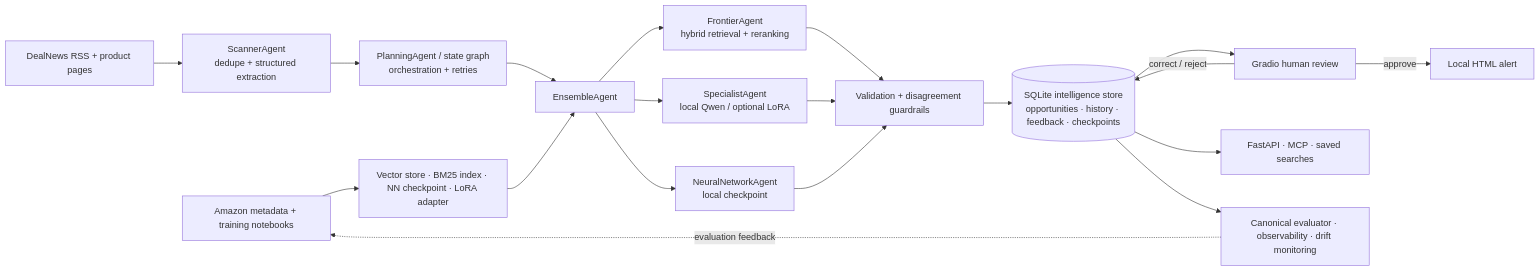
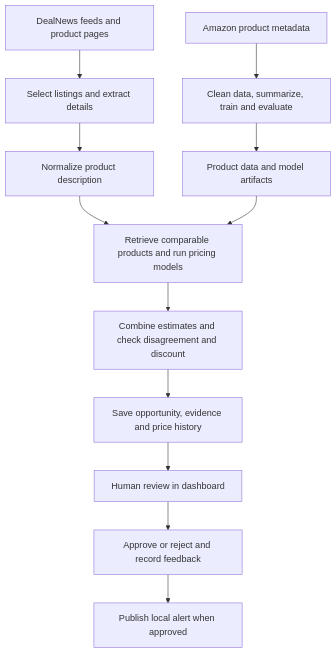
The diagram in README.md (akshaymgupte87/PricerProject), drawn with Mermaid before and after one commit. The commit also changed other lines of this file and 15 other files, not shown here.

Commit message:
refactor: modularize pricing experiments and document architecture, AI capabilities, and setup

````diff
--- a/README.md
+++ b/README.md
@@ -10,21 +144,14 @@
 ```mermaid
-flowchart LR
-    Training[Amazon metadata + training notebooks] --> Assets[Vector store · BM25 index · NN checkpoint · LoRA adapter]
-    RSS[DealNews RSS + product pages] --> Scan[ScannerAgent<br/>dedupe + structured extraction]
-    Scan --> Plan[PlanningAgent / state graph<br/>orchestration + retries]
-    Plan --> Ensemble[EnsembleAgent]
-    Assets --> Ensemble
-    Ensemble --> RAG[FrontierAgent<br/>hybrid retrieval + reranking]
-    Ensemble --> Specialist[SpecialistAgent<br/>local Qwen / optional LoRA]
-    Ensemble --> Neural[NeuralNetworkAgent<br/>local checkpoint]
-    RAG --> Guardrails[Validation + disagreement guardrails]
-    Specialist --> Guardrails
-    Neural --> Guardrails
-    Guardrails --> Store[(SQLite intelligence store<br/>opportunities · history · feedback · checkpoints)]
-    Store --> Review[Gradio human review]
-    Review -->|approve| Alert[Local HTML alert]
-    Review -->|correct / reject| Store
-    Store --> Interfaces[FastAPI · MCP · saved searches]
-    Store --> Quality[Canonical evaluator · observability · drift monitoring]
-    Quality -. evaluation feedback .-> Training
+flowchart TD
+    Data[Amazon product metadata] --> Research[Clean data, summarize, train and evaluate]
+    Research --> Assets[Product data and model artifacts]
+    Listings[DealNews feeds and product pages] --> Scanner[Select listings and extract details]
+    Scanner --> Preprocess[Normalize product description]
+    Preprocess --> Pricing[Retrieve comparable products and run pricing models]
+    Assets --> Pricing
+    Pricing --> Checks[Combine estimates and check disagreement and discount]
+    Checks --> Store[Save opportunity, evidence and price history]
+    Store --> Dashboard[Human review in dashboard]
+    Dashboard --> Decision[Approve or reject and record feedback]
+    Decision --> Alert[Publish local alert when approved]
 ```
````
